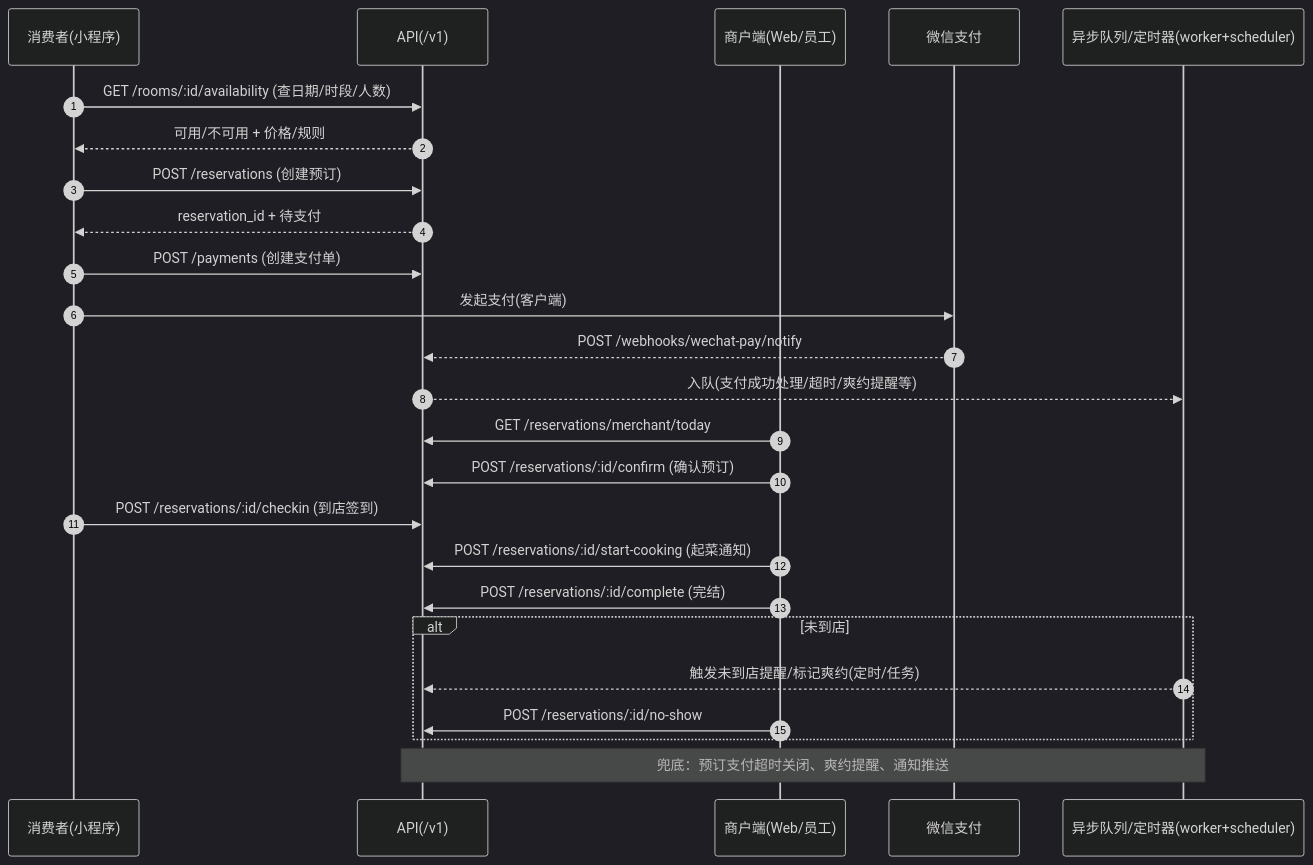
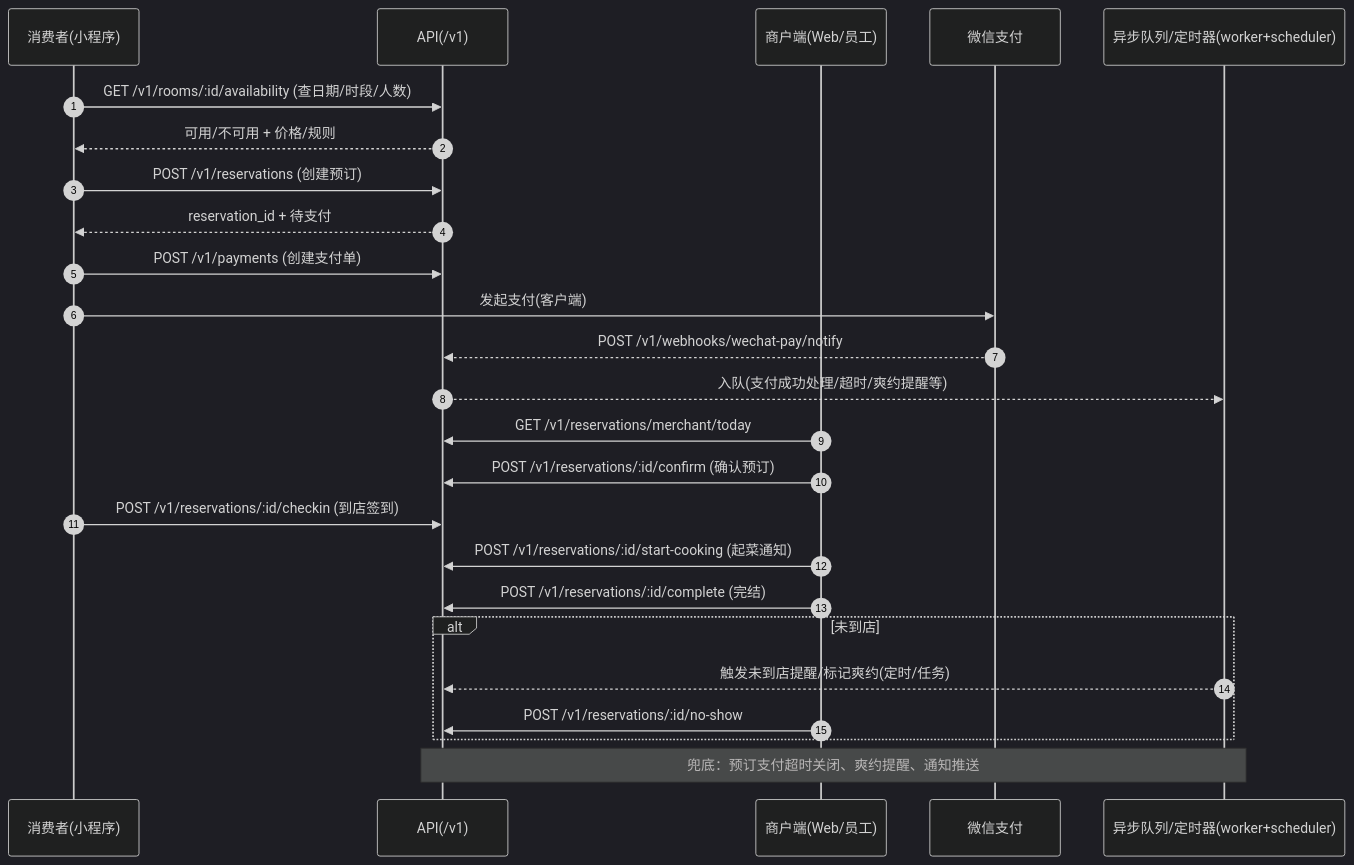
Before and after one commit to merrydance/locallife: the fourth of 5 diagrams in locallife/docs/phase0/user_journey_mermaid.md, drawn with Mermaid (dark theme). The commit also changed other lines of this file and 6 other files, not shown here.

````diff
--- a/locallife/docs/phase0/user_journey_mermaid.md
+++ b/locallife/docs/phase0/user_journey_mermaid.md
@@ -147,34 +147,34 @@
 ```mermaid
 sequenceDiagram
   autonumber
   participant U as 消费者(小程序)
   participant API as API(/v1)
   participant M as 商户端(Web/员工)
   participant W as 微信支付
   participant Q as 异步队列/定时器(worker+scheduler)
 
-  U->>API: GET /rooms/:id/availability (查日期/时段/人数)
+  U->>API: GET /v1/rooms/:id/availability (查日期/时段/人数)
   API-->>U: 可用/不可用 + 价格/规则
 
-  U->>API: POST /reservations (创建预订)
+  U->>API: POST /v1/reservations (创建预订)
   API-->>U: reservation_id + 待支付
 
-  U->>API: POST /payments (创建支付单)
+  U->>API: POST /v1/payments (创建支付单)
   U->>W: 发起支付(客户端)
-  W-->>API: POST /webhooks/wechat-pay/notify
+  W-->>API: POST /v1/webhooks/wechat-pay/notify
   API-->>Q: 入队(支付成功处理/超时/爽约提醒等)
 
-  M->>API: GET /reservations/merchant/today
-  M->>API: POST /reservations/:id/confirm (确认预订)
+  M->>API: GET /v1/reservations/merchant/today
+  M->>API: POST /v1/reservations/:id/confirm (确认预订)
 
-  U->>API: POST /reservations/:id/checkin (到店签到)
-  M->>API: POST /reservations/:id/start-cooking (起菜通知)
-  M->>API: POST /reservations/:id/complete (完结)
+  U->>API: POST /v1/reservations/:id/checkin (到店签到)
+  M->>API: POST /v1/reservations/:id/start-cooking (起菜通知)
+  M->>API: POST /v1/reservations/:id/complete (完结)
 
   alt 未到店
     Q-->>API: 触发未到店提醒/标记爽约(定时/任务)
-    M->>API: POST /reservations/:id/no-show
+    M->>API: POST /v1/reservations/:id/no-show
   end
 
   Note over Q,API: 兜底：预订支付超时关闭、爽约提醒、通知推送
 ```
````
